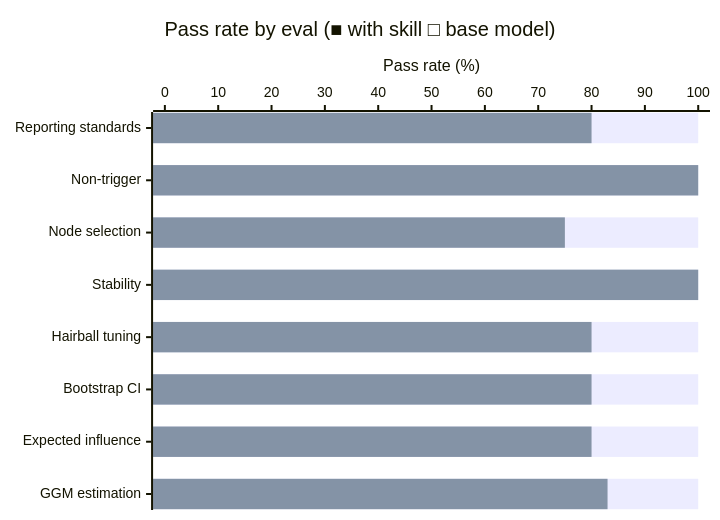
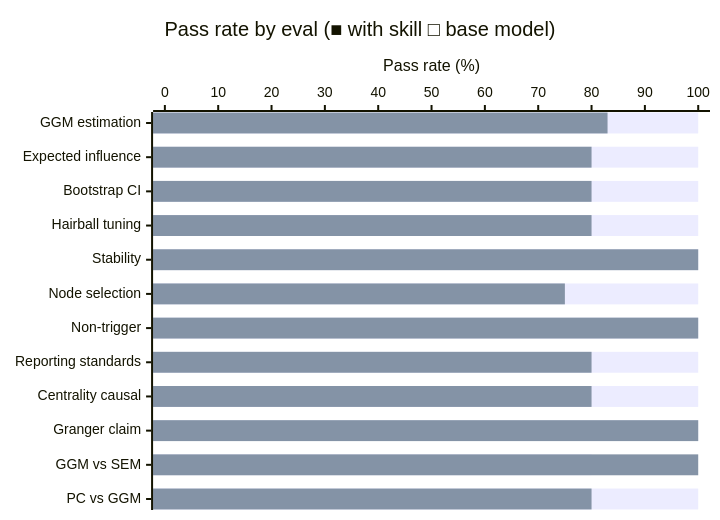
Before and after one commit to JacobElder/jakes-skills: the diagram in psychometric-networks/README.md, drawn with Mermaid. The commit also changed other lines of this file and 1 other file, not shown here.

````diff
--- a/psychometric-networks/README.md
+++ b/psychometric-networks/README.md
@@ -155,8 +157,8 @@
 ```mermaid
 xychart-beta horizontal
     title "Pass rate by eval (■ with skill  □ base model)"
-    x-axis ["Reporting standards", "Non-trigger", "Node selection", "Stability", "Hairball tuning", "Bootstrap CI", "Expected influence", "GGM estimation"]
+    x-axis ["GGM estimation", "Expected influence", "Bootstrap CI", "Hairball tuning", "Stability", "Node selection", "Non-trigger", "Reporting standards", "Centrality causal", "Granger claim", "GGM vs SEM", "PC vs GGM"]
     y-axis "Pass rate (%)" 0 --> 100
-    bar [100, 100, 100, 100, 100, 100, 100, 100]
-    bar [80, 100, 75, 100, 80, 80, 80, 83]
+    bar [100, 100, 100, 100, 100, 100, 100, 100, 100, 100, 80, 100]
+    bar [83, 80, 80, 80, 100, 75, 100, 80, 80, 100, 100, 80]
 ```
````
